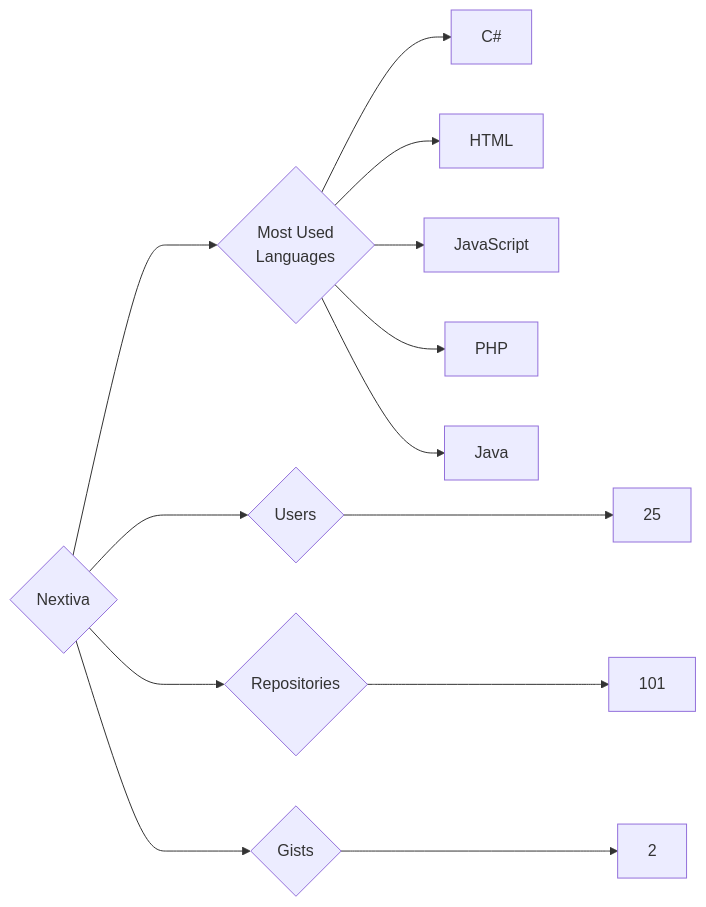
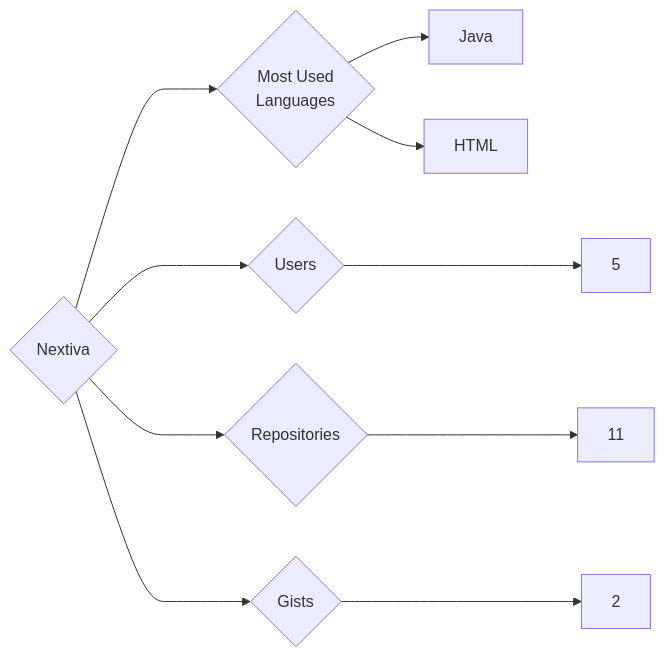
The diagram in targets/Nextiva/README.md (trickest/insiders), drawn with Mermaid before and after one commit. The commit also changed 895 other files, not shown here.

````diff
--- a/targets/Nextiva/README.md
+++ b/targets/Nextiva/README.md
@@ -3,13 +3,10 @@
 ```mermaid
 graph LR
 COMPANY_NAME{Nextiva}
-COMPANY_NAME ---> U{Users} ---> UN[25]
-COMPANY_NAME ---> R{Repositories} ---> RN[101]
+COMPANY_NAME ---> U{Users} ---> UN[5]
+COMPANY_NAME ---> R{Repositories} ---> RN[11]
 COMPANY_NAME ---> G{Gists} ---> GN[2]
 COMPANY_NAME ---> ML{Most Used<br>Languages}
-ML --> C#[C#]
+ML --> Java[Java]
 ML --> HTML[HTML]
-ML --> JavaScript[JavaScript]
-ML --> PHP[PHP]
-ML --> Java[Java]
 ```
````
